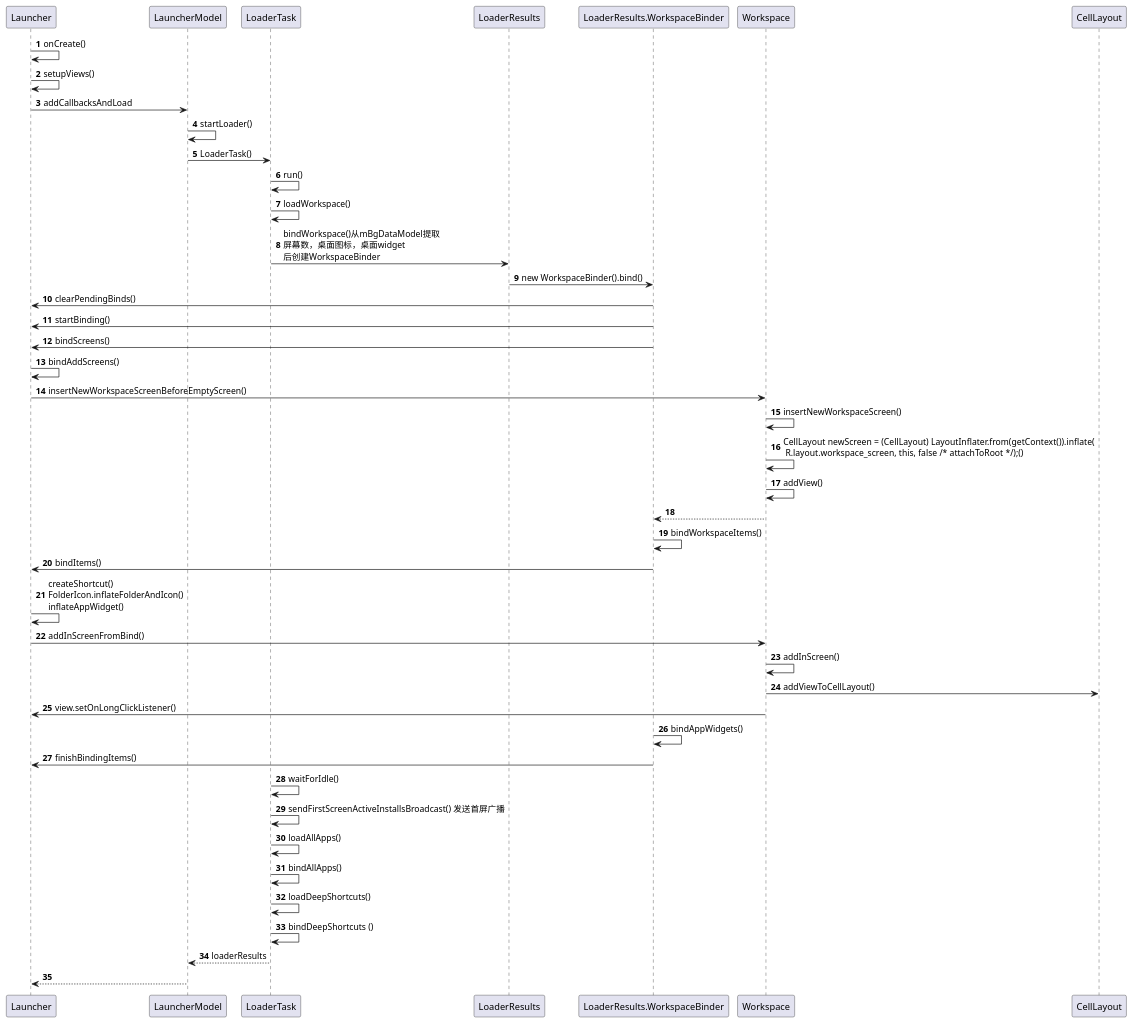
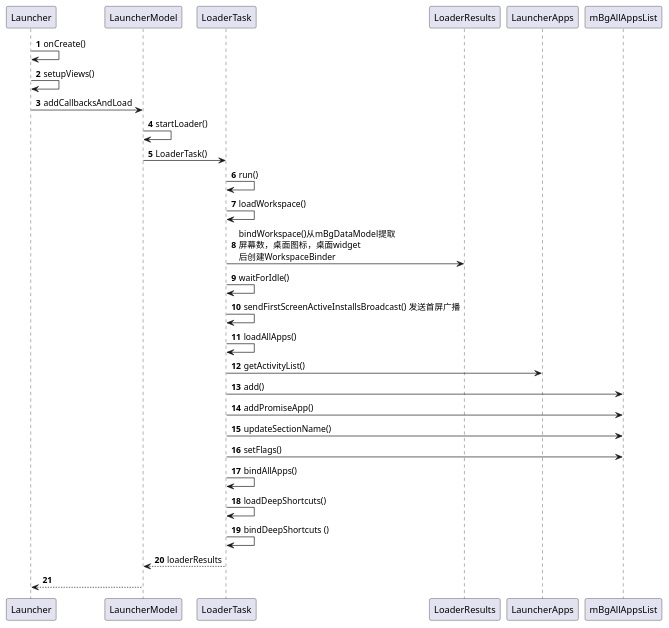
Before and after one commit to dakakodowalu/Launcher3Customization: the diagram in src/com/android/launcher3/DataLoader.puml, drawn with PlantUML. The commit also changed 4 other files, not shown here.

Commit message:
DataLoader.puml upadate loadAllApps(TBD) + BindToWorkSpace

```diff
--- a/src/com/android/launcher3/DataLoader.puml
+++ b/src/com/android/launcher3/DataLoader.puml
@@ -1,73 +1,82 @@
 @startuml
 'https://plantuml.com/sequence-diagram
 
 autonumber
 Launcher -> Launcher: onCreate()
 Launcher -> Launcher: setupViews()
 Launcher -> LauncherModel: addCallbacksAndLoad
 LauncherModel -> LauncherModel: startLoader()
 LauncherModel -> LoaderTask: LoaderTask()
 LoaderTask -> LoaderTask: run()
 
 
 LoaderTask -> LoaderTask: loadWorkspace()
 'LoaderTask -> LauncherSettings.Settings: call()
 'LauncherSettings.Settings -> LauncherProvider: call()
 '
 'LauncherProvider -> LauncherProvider: createDbIfNotExists()数据库加载(call先调用也许)
 'LauncherProvider -> DatabaseHelper: createDatabaseHelper()
 'DatabaseHelper -> DatabaseHelper: onCreate()
 'DatabaseHelper -> DatabaseHelper: addFavoritesTable()
 'DatabaseHelper -> Favorites: addTableToDb()
 'Favorites --> DatabaseHelper
 'DatabaseHelper -> DatabaseHelper: onEmptyDbCreated()
 'DatabaseHelper -> SharedPreferences: EMPTY_DATABASE_CREATED
 '
 'LauncherProvider -> LauncherProvider: loadDefaultFavoritesIfNecessary()
 'LauncherProvider -> LauncherProvider: createWorkspaceLoaderFromAppRestriction()
 'LauncherProvider -> LauncherProvider.DatabaseHelper: createEmptyDB()
 'LauncherProvider -> LauncherProvider.DatabaseHelper: loadFavorites()
 'LauncherProvider -> LauncherProvider: clearFlagEmptyDbCreated()
 '
 'LauncherProvider -> LoaderCursor: LoaderCursor()
 'LauncherProvider -> LoaderCursor: markDeleted()(检查是否有效?无效删除)
 'LauncherProvider -> LoaderCursor: checkAndAddItem()(快捷方式3/Folder/widgets)
 'LauncherProvider -> IconCache: getTitlesAndIconsInBulk()
 'LauncherProvider -> IconRequestInfo: loadWorkspaceIcon()(加载图标的地方)
 'IconRequestInfo -> LauncherIcons: createIconBitmap()(加载图标的地方ShortcutIconResource/DB)
 'IconRequestInfo -> WorkspaceItemInfo: WorkspaceItemInfo.bitmap = iconInfo(更新图标)
 'LauncherProvider -> LoaderCursor: commitDeleted()
 'LauncherProvider -> LoaderCursor: commitRestoredItems()
 
 LoaderTask -> LoaderResults: bindWorkspace()从mBgDataModel提取\n屏幕数，桌面图标，桌面widget\n后创建WorkspaceBinder
-LoaderResults -> LoaderResults.WorkspaceBinder:new WorkspaceBinder().bind()
-LoaderResults.WorkspaceBinder -> Launcher:clearPendingBinds()
-LoaderResults.WorkspaceBinder -> Launcher:startBinding()
-LoaderResults.WorkspaceBinder -> Launcher:bindScreens()
-Launcher -> Launcher:bindAddScreens()
-Launcher -> Workspace:insertNewWorkspaceScreenBeforeEmptyScreen()
-Workspace -> Workspace:insertNewWorkspaceScreen()
-Workspace -> Workspace:CellLayout newScreen = (CellLayout) LayoutInflater.from(getContext()).inflate(\n R.layout.workspace_screen, this, false /* attachToRoot */);()
-Workspace -> Workspace:addView()
-Workspace --> LoaderResults.WorkspaceBinder
-LoaderResults.WorkspaceBinder -> LoaderResults.WorkspaceBinder:bindWorkspaceItems()
-LoaderResults.WorkspaceBinder -> Launcher:bindItems()
-Launcher -> Launcher:createShortcut()\nFolderIcon.inflateFolderAndIcon()\ninflateAppWidget()
-Launcher -> Workspace:addInScreenFromBind()
-Workspace -> Workspace:addInScreen()
-Workspace -> CellLayout:addViewToCellLayout()
-Workspace -> Launcher:view.setOnLongClickListener()
-LoaderResults.WorkspaceBinder -> LoaderResults.WorkspaceBinder:bindAppWidgets()
-LoaderResults.WorkspaceBinder -> Launcher:finishBindingItems()
+'LoaderResults -> LoaderResults.WorkspaceBinder:new WorkspaceBinder().bind()
+'LoaderResults.WorkspaceBinder -> Launcher:clearPendingBinds()
+'LoaderResults.WorkspaceBinder -> Launcher:startBinding()
+'LoaderResults.WorkspaceBinder -> Launcher:bindScreens()
+'Launcher -> Launcher:bindAddScreens()
+'Launcher -> Workspace:insertNewWorkspaceScreenBeforeEmptyScreen()
+'Workspace -> Workspace:insertNewWorkspaceScreen()
+'Workspace -> Workspace:CellLayout newScreen = (CellLayout) LayoutInflater.from(getContext()).inflate(\n R.layout.workspace_screen, this, false /* attachToRoot */);()
+'Workspace -> Workspace:addView()
+'Workspace --> LoaderResults.WorkspaceBinder
+'LoaderResults.WorkspaceBinder -> LoaderResults.WorkspaceBinder:bindWorkspaceItems()
+'LoaderResults.WorkspaceBinder -> Launcher:bindItems()
+'Launcher -> Launcher:createShortcut()\nFolderIcon.inflateFolderAndIcon()\ninflateAppWidget()
+'Launcher -> Workspace:addInScreenFromBind()
+'Workspace -> Workspace:addInScreen()
+'Workspace -> CellLayout:addViewToCellLayout()
+'Workspace -> Launcher:view.setOnLongClickListener()
+'LoaderResults.WorkspaceBinder -> LoaderResults.WorkspaceBinder:bindAppWidgets()一样走到bindItems()
+'LoaderResults.WorkspaceBinder -> Launcher:finishBindingItems()
 
 
 LoaderTask -> LoaderTask: waitForIdle()
 LoaderTask -> LoaderTask: sendFirstScreenActiveInstallsBroadcast() 发送首屏广播
+
+
 LoaderTask -> LoaderTask: loadAllApps()
+LoaderTask -> LauncherApps: getActivityList()
+LoaderTask -> mBgAllAppsList: add()
+LoaderTask -> mBgAllAppsList: addPromiseApp()
+LoaderTask -> mBgAllAppsList: updateSectionName()
+LoaderTask -> mBgAllAppsList: setFlags()
+
+
 LoaderTask -> LoaderTask: bindAllApps()
 LoaderTask -> LoaderTask: loadDeepShortcuts()
 LoaderTask -> LoaderTask: bindDeepShortcuts ()
 LoaderTask --> LauncherModel: loaderResults
 LauncherModel --> Launcher
 
 @enduml
```
